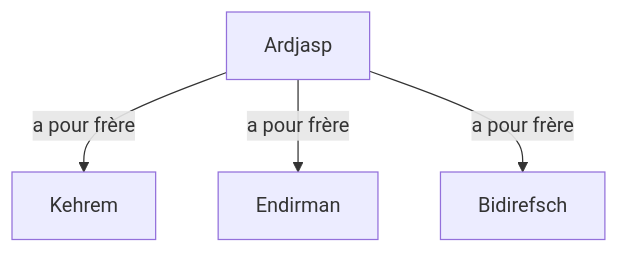
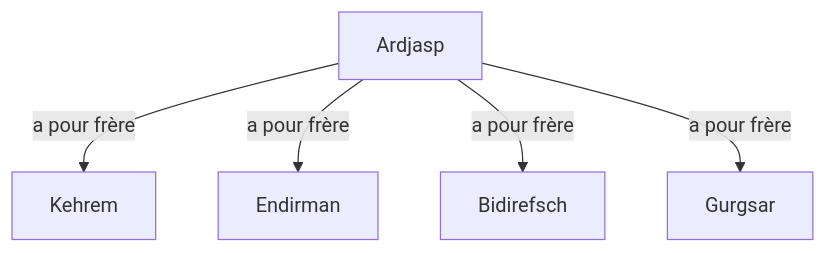
The diagram in src/graphs/ardjasp/ardjasp.mmd (hdorgeval/le-livre-des-rois), drawn with Mermaid before and after one commit. The commit also changed 8 other files, not shown here.

```diff
--- a/src/graphs/ardjasp/ardjasp.mmd
+++ b/src/graphs/ardjasp/ardjasp.mmd
@@ -1,4 +1,5 @@
 graph TD
 Ardjasp --a pour frère--> Kehrem
 Ardjasp --a pour frère--> Endirman
 Ardjasp --a pour frère--> Bidirefsch
+Ardjasp --a pour frère--> Gurgsar
```
